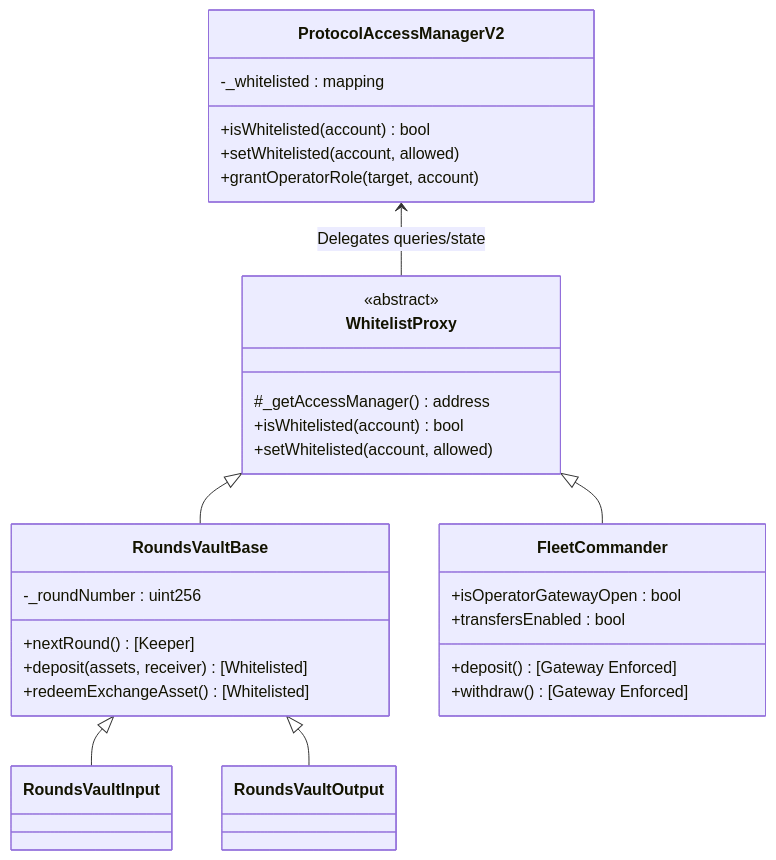
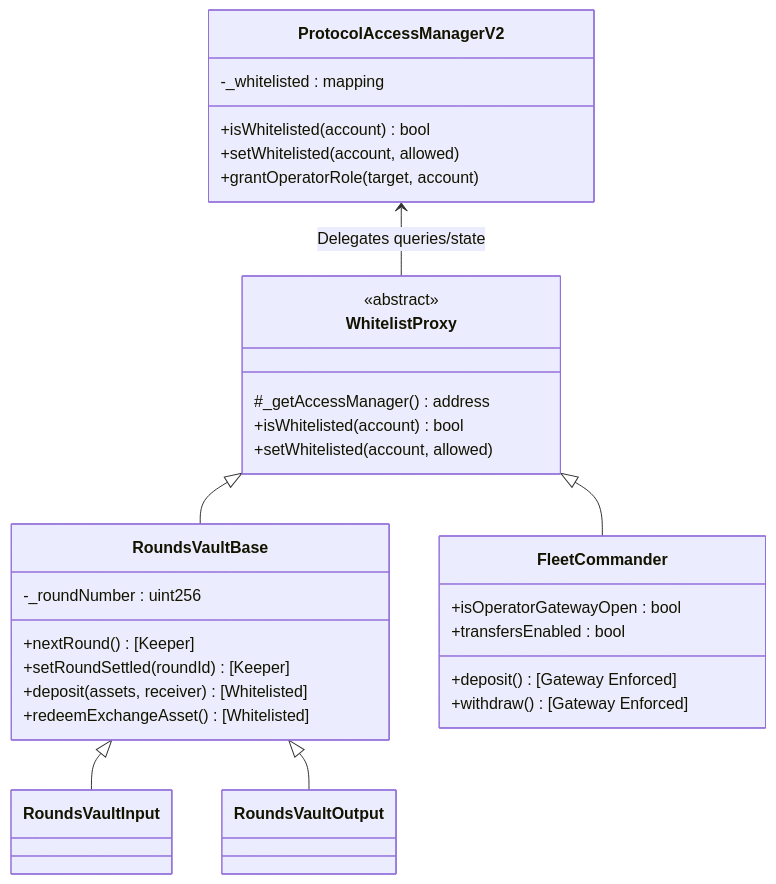
One commit to OasisDEX/summer-earn-protocol changed the second of 8 diagrams in packages/core-contracts/src/contracts/rounds-vault/docs/rounds_vault_technical_reference.md. Above: the diagram before and after it, drawn with Mermaid. The commit also changed other lines of this file and 10 other files, not shown here.

````diff
--- a/packages/core-contracts/src/contracts/rounds-vault/docs/rounds_vault_technical_reference.md
+++ b/packages/core-contracts/src/contracts/rounds-vault/docs/rounds_vault_technical_reference.md
@@ -55,36 +55,37 @@
 ```mermaid
 classDiagram
     class ProtocolAccessManagerV2 {
         -_whitelisted : mapping
         +isWhitelisted(account) bool
         +setWhitelisted(account, allowed)
         +grantOperatorRole(target, account)
     }
 
     class WhitelistProxy {
         <<abstract>>
         #_getAccessManager() address
         +isWhitelisted(account) bool
         +setWhitelisted(account, allowed)
     }
 
     class RoundsVaultBase {
         -_roundNumber : uint256
         +nextRound() [Keeper]
+        +setRoundSettled(roundId) [Keeper]
         +deposit(assets, receiver) [Whitelisted]
         +redeemExchangeAsset() [Whitelisted]
     }
     
     class FleetCommander {
         +isOperatorGatewayOpen : bool
         +transfersEnabled : bool
         +deposit() [Gateway Enforced]
         +withdraw() [Gateway Enforced]
     }
 
     ProtocolAccessManagerV2 <-- WhitelistProxy : Delegates queries/state
     WhitelistProxy <|-- RoundsVaultBase
     WhitelistProxy <|-- FleetCommander
     RoundsVaultBase <|-- RoundsVaultInput
     RoundsVaultBase <|-- RoundsVaultOutput
 ```
````
